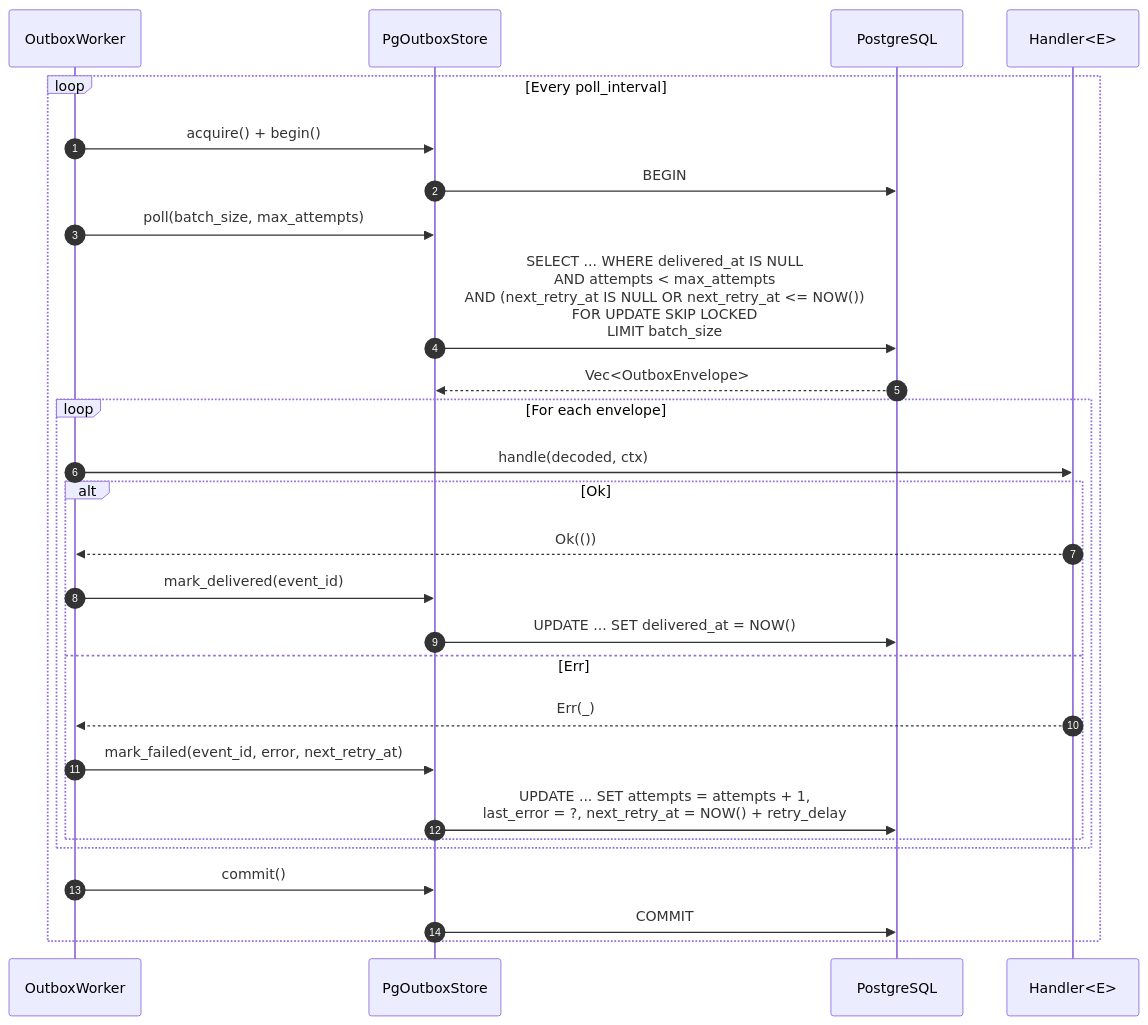
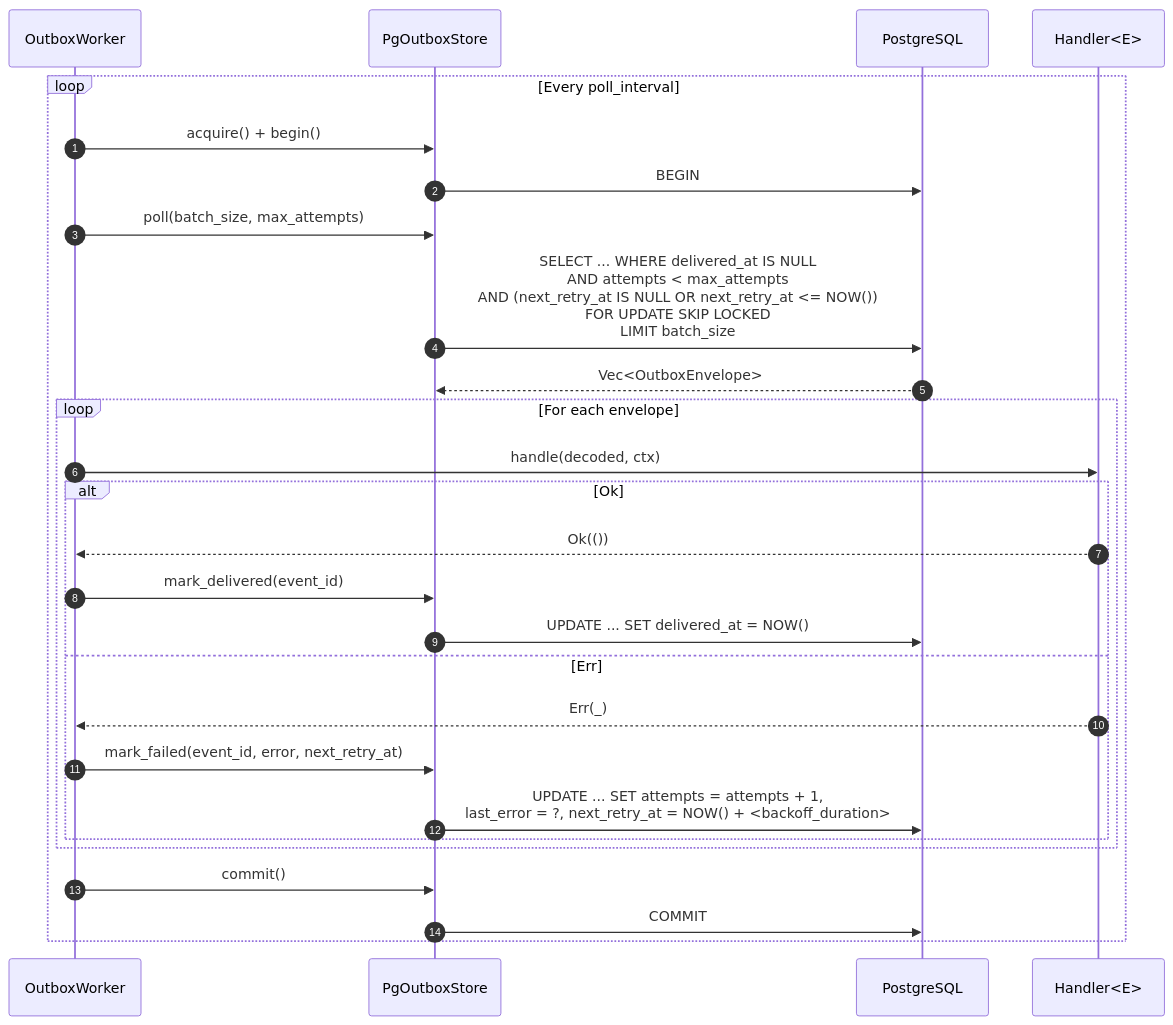
The second of 2 diagrams in docs/architecture/outbox-flow.md (nubster-opensources/hexeract), drawn with Mermaid before and after one commit. The commit also changed other lines of this file and 11 other files, not shown here.

````diff
--- a/docs/architecture/outbox-flow.md
+++ b/docs/architecture/outbox-flow.md
@@ -44,30 +44,30 @@
 ```mermaid
 sequenceDiagram
     autonumber
     participant Worker as OutboxWorker
     participant Store as PgOutboxStore
     participant DB as PostgreSQL
     participant Handler as Handler<E>
 
     loop Every poll_interval
         Worker->>Store: acquire() + begin()
         Store->>DB: BEGIN
         Worker->>Store: poll(batch_size, max_attempts)
         Store->>DB: SELECT ... WHERE delivered_at IS NULL<br/>AND attempts < max_attempts<br/>AND (next_retry_at IS NULL OR next_retry_at <= NOW())<br/>FOR UPDATE SKIP LOCKED<br/>LIMIT batch_size
         DB-->>Store: Vec<OutboxEnvelope>
         loop For each envelope
             Worker->>Handler: handle(decoded, ctx)
             alt Ok
                 Handler-->>Worker: Ok(())
                 Worker->>Store: mark_delivered(event_id)
                 Store->>DB: UPDATE ... SET delivered_at = NOW()
             else Err
                 Handler-->>Worker: Err(_)
                 Worker->>Store: mark_failed(event_id, error, next_retry_at)
-                Store->>DB: UPDATE ... SET attempts = attempts + 1,<br/>last_error = ?, next_retry_at = NOW() + retry_delay
+                Store->>DB: UPDATE ... SET attempts = attempts + 1,<br/>last_error = ?, next_retry_at = NOW() + <backoff_duration>
             end
         end
         Worker->>Store: commit()
         Store->>DB: COMMIT
     end
 ```
````
